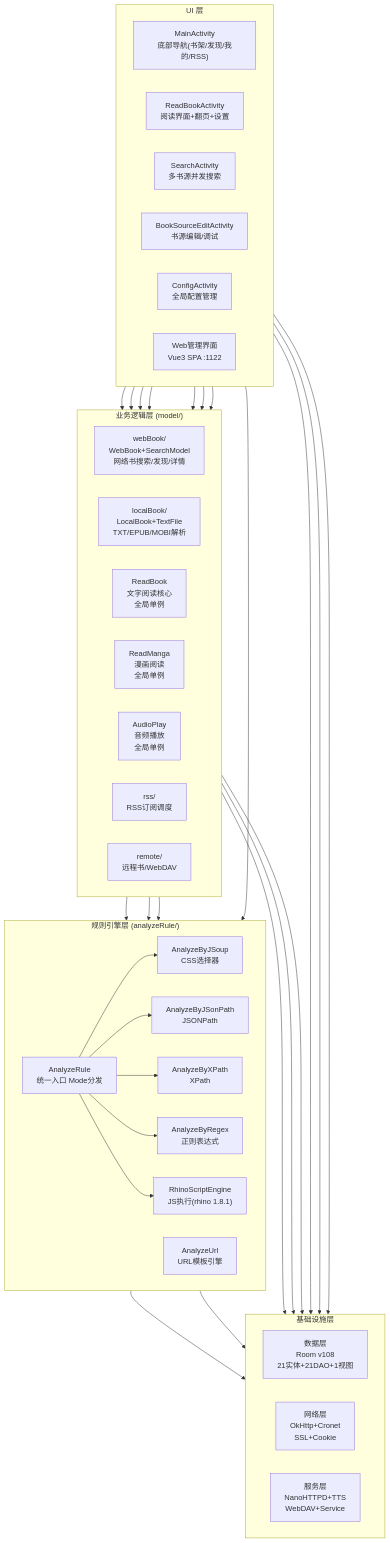
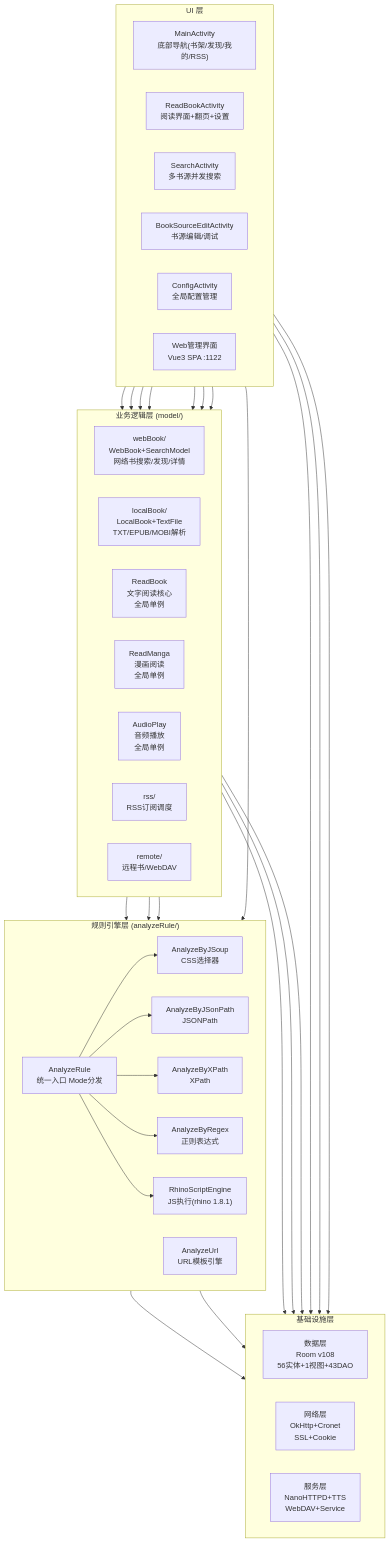
The diagram in docs/project-flow/architecture/overview.md (legado-backup/legado-m), drawn with Mermaid before and after one commit. The commit also changed other lines of this file and 63 other files, not shown here.

First line of the commit message:
docs: 文档体系审计重构（project-flow+project-rules 全量 110 文档对标源码）

````diff
--- a/docs/project-flow/architecture/overview.md
+++ b/docs/project-flow/architecture/overview.md
@@ -42,57 +42,57 @@
 ```mermaid
 %%{init: {'themeVariables': {'fontFamily': 'Microsoft YaHei, SimHei, sans-serif'}}}%%
 flowchart TB
     subgraph UI["UI 层"]
         direction LR
         A1["MainActivity<br/>底部导航(书架/发现/我的/RSS)"]
         A2["ReadBookActivity<br/>阅读界面+翻页+设置"]
         A3["SearchActivity<br/>多书源并发搜索"]
         A4["BookSourceEditActivity<br/>书源编辑/调试"]
         A5["ConfigActivity<br/>全局配置管理"]
         A6["Web管理界面<br/>Vue3 SPA :1122"]
     end
 
     subgraph BIZ["业务逻辑层 (model/)"]
         direction LR
         B1["webBook/<br/>WebBook+SearchModel<br/>网络书搜索/发现/详情"]
         B2["localBook/<br/>LocalBook+TextFile<br/>TXT/EPUB/MOBI解析"]
         B3["ReadBook<br/>文字阅读核心<br/>全局单例"]
         B4["ReadManga<br/>漫画阅读<br/>全局单例"]
         B5["AudioPlay<br/>音频播放<br/>全局单例"]
         B6["rss/<br/>RSS订阅调度"]
         B7["remote/<br/>远程书/WebDAV"]
     end
 
     subgraph ENGINE["规则引擎层 (analyzeRule/)"]
         direction LR
         C1["AnalyzeRule<br/>统一入口 Mode分发"]
         C2["AnalyzeByJSoup<br/>CSS选择器"]
         C3["AnalyzeByJSonPath<br/>JSONPath"]
         C4["AnalyzeByXPath<br/>XPath"]
         C5["AnalyzeByRegex<br/>正则表达式"]
         C6["RhinoScriptEngine<br/>JS执行(rhino 1.8.1)"]
         C7["AnalyzeUrl<br/>URL模板引擎"]
     end
 
     subgraph INFRA["基础设施层"]
         direction LR
-        D1["数据层<br/>Room v108<br/>21实体+21DAO+1视图"]
+        D1["数据层<br/>Room v108<br/>56实体+1视图+43DAO"]
         D2["网络层<br/>OkHttp+Cronet<br/>SSL+Cookie"]
         D3["服务层<br/>NanoHTTPD+TTS<br/>WebDAV+Service"]
     end
 
     A1 --> B1 & B2 & B6
     A2 --> B3
     A2 --> B4 & B5
     A3 --> B1
     A4 --> C1
     B1 --> C1 & C7
     B2 --> C1
     B3 --> D1 & D2
     B1 --> D2
     C1 --> C2 & C3 & C4 & C5 & C6
     C7 --> D2
     C1 --> D1
     A5 --> D1 & D3
     A6 --> D3
 ```
````
